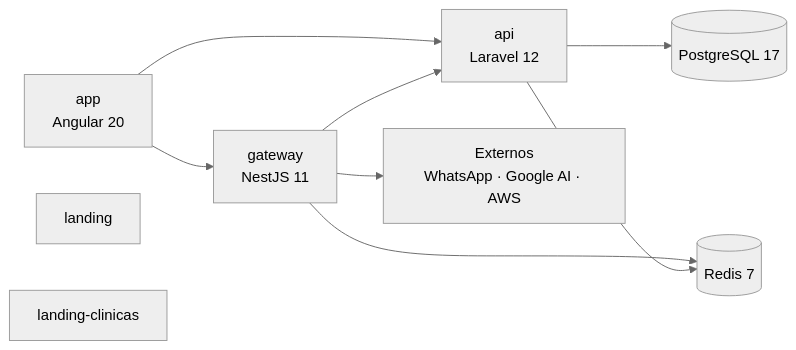
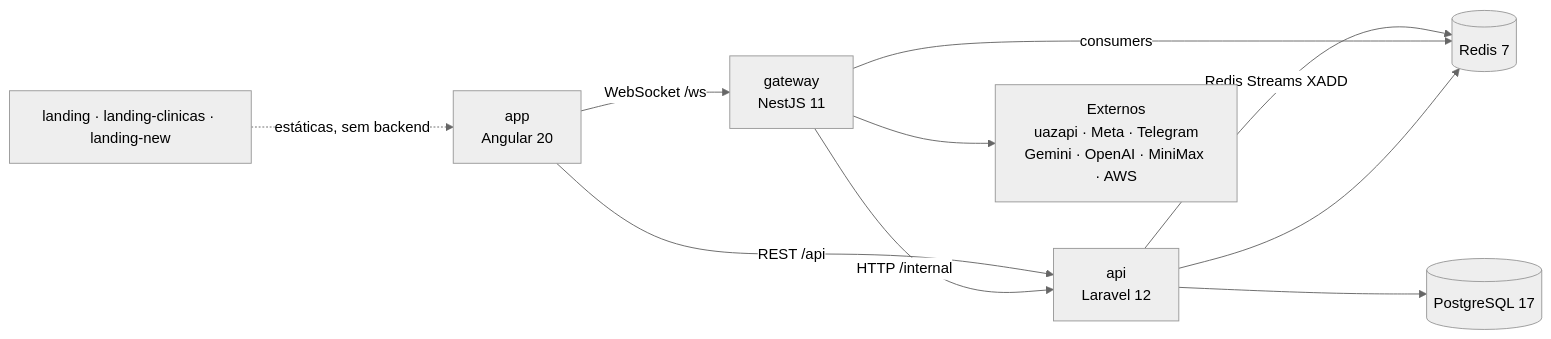
The first of 2 diagrams in .context/ARCHITECTURE/modules.md (agentflix/interazap), drawn with Mermaid (neutral theme) before and after one commit. The commit also changed other lines of this file and 402 other files, not shown here.

````diff
--- a/.context/ARCHITECTURE/modules.md
+++ b/.context/ARCHITECTURE/modules.md
@@ -5,19 +5,20 @@
 ```mermaid
 graph LR
     APP["app<br/>Angular 20"]
     GW["gateway<br/>NestJS 11"]
     API["api<br/>Laravel 12"]
-    LAND["landing"]
-    LANDC["landing-clinicas"]
+    LAND["landing · landing-clinicas · landing-new"]
     PG[("PostgreSQL 17")]
     REDIS[("Redis 7")]
-    EXT["Externos<br/>WhatsApp · Google AI · AWS"]
+    EXT["Externos<br/>uazapi · Meta · Telegram<br/>Gemini · OpenAI · MiniMax · AWS"]
 
-    APP --> GW
-    APP --> API
-    GW --> API
-    GW --> REDIS
-    GW --> EXT
+    APP -->|REST /api| API
+    APP -->|WebSocket /ws| GW
+    API -->|Redis Streams XADD| REDIS
+    GW -->|consumers| REDIS
+    GW -->|HTTP /internal| API
     API --> PG
     API --> REDIS
+    GW --> EXT
+    LAND -.->|estáticas, sem backend| APP
 ```
````
